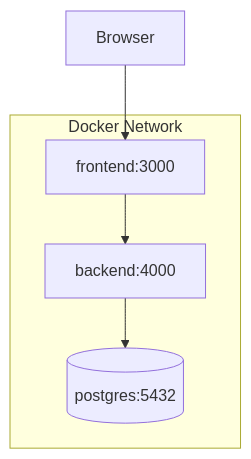
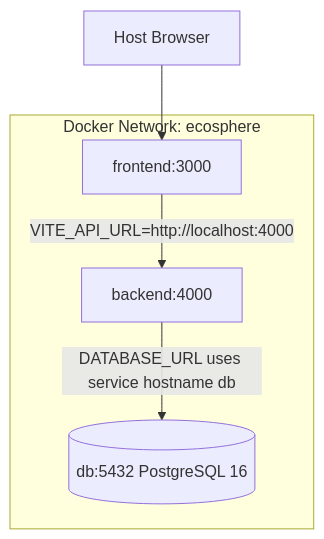
One commit to surajgojanur/EcoSphere-Team-God changed the diagram in docs/12_DEPLOYMENT.md. Above: the diagram before and after it, drawn with Mermaid. The commit also changed other lines of this file and 37 other files, not shown here.

````diff
--- a/docs/12_DEPLOYMENT.md
+++ b/docs/12_DEPLOYMENT.md
@@ -7,11 +7,9 @@
 ```mermaid
 flowchart TB
-    subgraph Docker Network
-        FE[frontend:3000]
-        BE[backend:4000]
-        DB[(postgres:5432)]
+    Browser[Host Browser] --> FE[frontend:3000]
+    FE -->|VITE_API_URL=http://localhost:4000| BE[backend:4000]
+    subgraph DockerNetwork["Docker Network: ecosphere"]
+        FE
+        BE -->|DATABASE_URL uses service hostname db| DB[(db:5432 PostgreSQL 16)]
     end
-    Browser --> FE
-    FE --> BE
-    BE --> DB
 ```
````
